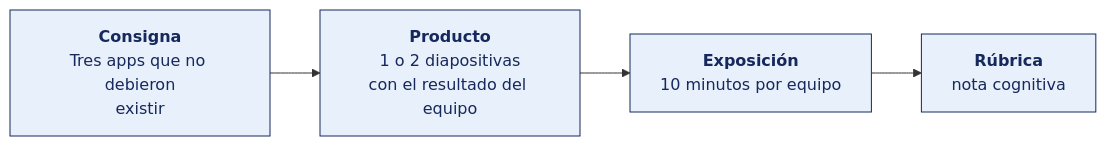
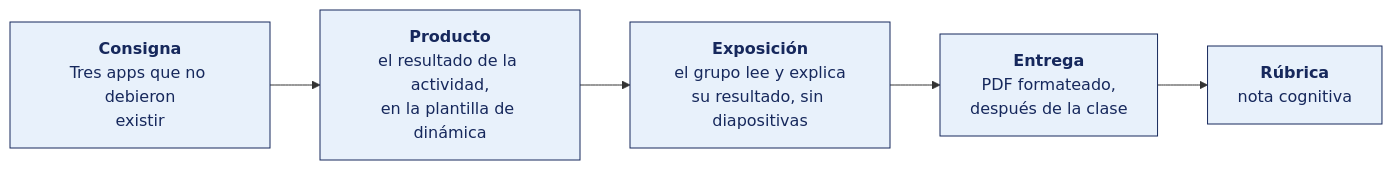
One commit to OscarJimenezFlores/MOVILES_II changed the diagram in SEMANA-01/2-DINAMICA.md. Above: the diagram before and after it, drawn with Mermaid. The commit also changed other lines of this file and 24 other files, not shown here.

````diff
--- a/SEMANA-01/2-DINAMICA.md
+++ b/SEMANA-01/2-DINAMICA.md
@@ -13,10 +13,11 @@
 ```mermaid
 flowchart LR
     C["<b>Consigna</b><br/>Tres apps que no debieron<br/>existir"]
-    P["<b>Producto</b><br/>1 o 2 diapositivas<br/>con el resultado del equipo"]
-    E["<b>Exposición</b><br/>10 minutos por equipo"]
+    P["<b>Producto</b><br/>el resultado de la actividad,<br/>en la plantilla de dinámica"]
+    E["<b>Exposición</b><br/>el grupo lee y explica<br/>su resultado, sin diapositivas"]
+    G["<b>Entrega</b><br/>PDF formateado,<br/>después de la clase"]
     R["<b>Rúbrica</b><br/>nota cognitiva"]
-    C --> P --> E --> R
+    C --> P --> E --> G --> R
     classDef d fill:#E8F1FB,stroke:#16285C,stroke-width:1px,color:#16285C;
-    class C,P,E,R d;
+    class C,P,E,G,R d;
 ```
````
